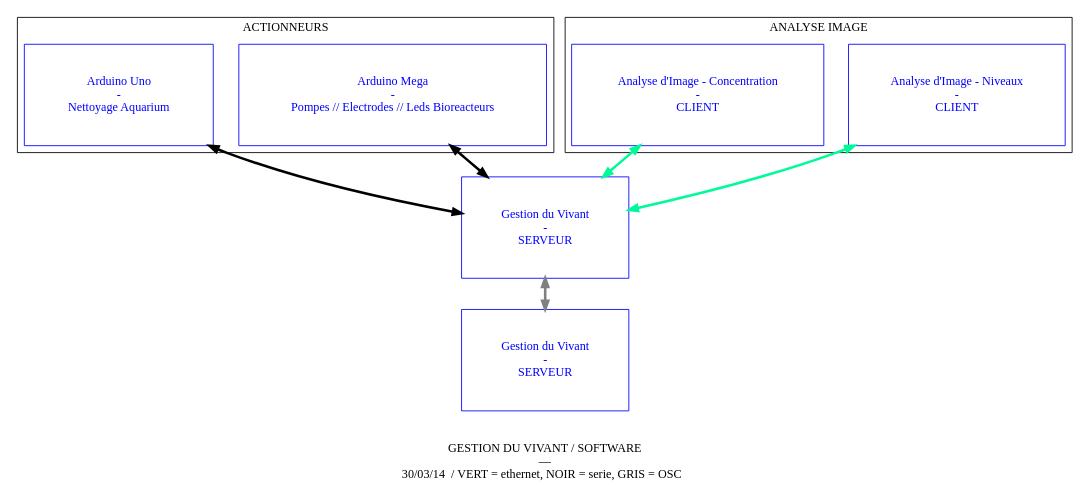
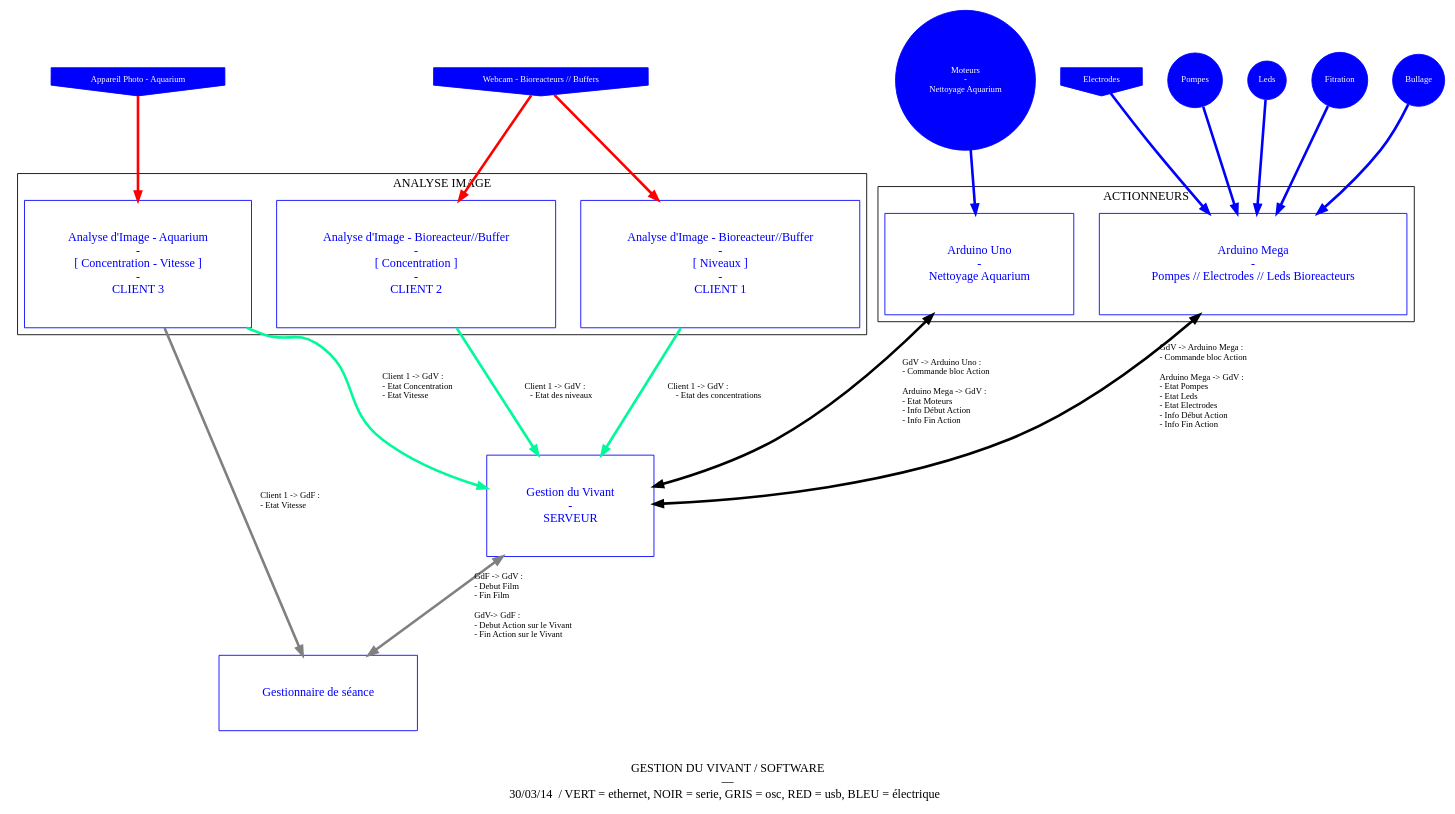
One commit to dcfvg/temporium changed the diagram in doc/Archi_Soft.dot. Above: the diagram before and after it, drawn with Graphviz. The commit also changed 1 other file, not shown here.

Commit message:
Update Archi_Software
Grphique de l’architecture des différents soft // Communication

```diff
--- a/doc/Archi_Soft.dot
+++ b/doc/Archi_Soft.dot
@@ -1,70 +1,108 @@
 	digraph {
-	 label="\n\nGESTION DU VIVANT / SOFTWARE \n— \n30/03/14  / VERT = ethernet, NOIR = serie, GRIS = OSC  "
+	 label="\n\nGESTION DU VIVANT / SOFTWARE \n— \n30/03/14  / VERT = ethernet, NOIR = serie, GRIS = osc, RED = usb, BLEU = électrique  "
 	 rankdir="TP"
 	 nodesep = .4
 	
 	layout=dot
 	 
 	 fontsize=14
 	 fontname="myriadpro"
 	 
 	 node[fontsize=14, fontname="myriadpro", fontcolor=blue, color=blue, shape=house]
 	 edge[fontsize=10, fontname="monaco", color=green]
 
 
 subgraph organs {
 	     
-	//	node[height = 2, width = 1, shape=box, color=mediumspringgreen, fontcolor=darkgreen, penwidth=3]
 		 node[fontsize=14, fontname="myriadpro", fontcolor=blue, color=blue, shape=box, margin = 0.5]
 			
 	    arduino_pump [label ="Arduino Mega\n - \n Pompes // Electrodes // Leds Bioreacteurs "]
 	    arduino_clean [label ="Arduino Uno\n - \n Nettoyage Aquarium "]
 	    
 	 	life_controller [label ="Gestion du Vivant \n - \n SERVEUR"]
 	    
-	    det_level [label ="Analyse d'Image - Niveaux \n - \n CLIENT"]
-	    det_conc [label ="Analyse d'Image - Concentration \n - \n CLIENT"]
+	    det_level [label ="Analyse d'Image - Bioreacteur//Buffer\n - \n [ Niveaux ] \n - \n CLIENT 1"]
+	    det_conc [label ="Analyse d'Image - Bioreacteur//Buffer\n - \n[ Concentration ] \n - \n CLIENT 2"]
+	    det_aquarium [label = "Analyse d'Image - Aquarium \n - \n[ Concentration - Vitesse ]\n - \n CLIENT 3"]
 	  	
-	 	film_controller [label ="Gestion du Vivant \n - \n SERVEUR"]
+	 	film_controller [label="Gestionnaire de séance"]
 	 	
 	    
 		
 		
 		subgraph cluster_culture {
 	 		label="ANALYSE IMAGE"
 	 		det_level
-	    det_conc
+	   		det_conc
+	   		det_aquarium
 	 	}
 	 	
 	 	subgraph cluster_aquarium {
 	 		label="ACTIONNEURS"
 	 		node[height = 2, width = 1]
 	 		
 	 		arduino_pump
 	 		arduino_clean
 	 	}
 	}
+	subgraph device {
+		node[shape=circle, fontsize=10, style="filled", color=blue, fontcolor=white]
+		pumps [label ="Pompes"]
+		leds [label = "Leds"]
+		moteur [label = "Moteurs\n - \nNettoyage Aquarium"]
+		filtration_system [label ="Fitration"]
+		air_system [label ="Bullage"]
+	
+	}
+	subgraph sensor {
+		node[shape=invhouse, fontsize=10, style="filled", color=blue, fontcolor=white]
+		electrodes [label ="Electrodes"]
+		webcam [label= "Webcam - Bioreacteurs // Buffers"]
+		camera [label = "Appareil Photo - Aquarium"]
+		
+	}
+	
+	
 	
 	//RELATION 
-	subgraph fluid {
+	subgraph Serie {
 		edge[penwidth=3, color=mediumspringgrey, dir = both,label=""]
 		
-	arduino_pump -> life_controller
-	arduino_clean -> life_controller
+	arduino_pump -> life_controller [label = "GdV -> Arduino Mega : \l - Commande bloc Action \l\lArduino Mega -> GdV :\l - Etat Pompes \l - Etat Leds\l - Etat Electrodes \l - Info Début Action\l - Info Fin Action\l "]
+	arduino_clean -> life_controller [label = "GdV -> Arduino Uno : \l - Commande bloc Action \l\lArduino Mega -> GdV :\l - Etat Moteurs \l - Info Début Action \l - Info Fin Action\l"]
+	}
+	subgraph Ethernet {
+	edge[penwidth=3, color=mediumspringgreen, label=""] 
 	
-	edge[penwidth=3, color=mediumspringgreen, dir = both, label=""] 
+	det_level -> life_controller [label = "Client 1 -> GdV : \l - Etat des concentrations "]
+	det_conc -> life_controller [label = "Client 1 -> GdV : \l - Etat des niveaux "]
+	det_aquarium -> life_controller [label = "Client 1 -> GdV : \l - Etat Concentration\l - Etat Vitesse\l "]
+	}
 	
-	det_level -> life_controller
-	det_conc -> life_controller
+	subgraph OSC {
 	
 	edge[penwidth=3, color=grey, dir = both, label = ""] 
 	
-	life_controller -> film_controller
+	life_controller -> film_controller [label = "GdF -> GdV : \l - Debut Film \l - Fin Film \l\lGdV-> GdF :\l - Debut Action sur le Vivant \l - Fin Action sur le Vivant\l"]
+	
+	edge[penwidth=3, color=grey, dir = forward, label = ""] 
+	det_aquarium -> film_controller[label = "Client 1 -> GdF : \l - Etat Vitesse\l "]
 	
 	
 
 		
 	}
+	Subgraph Elec {
+		edge[penwidth=3, color=blue, dir = forward, label = ""]
+		pumps, leds, electrodes, filtration_system, air_system -> arduino_pump
+		moteur -> arduino_clean
+		
+		}
+	Subgraph USB{
+		edge[penwidth=3, color=red, dir = forward, label = ""]
+		webcam -> det_level, det_conc
+		camera -> det_aquarium
+		}
 	
 	
 }
```
